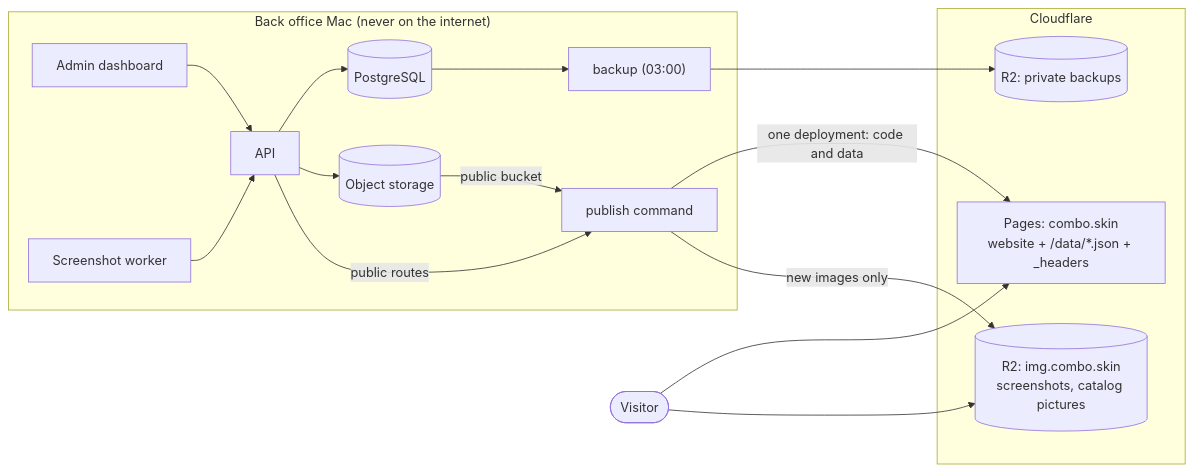
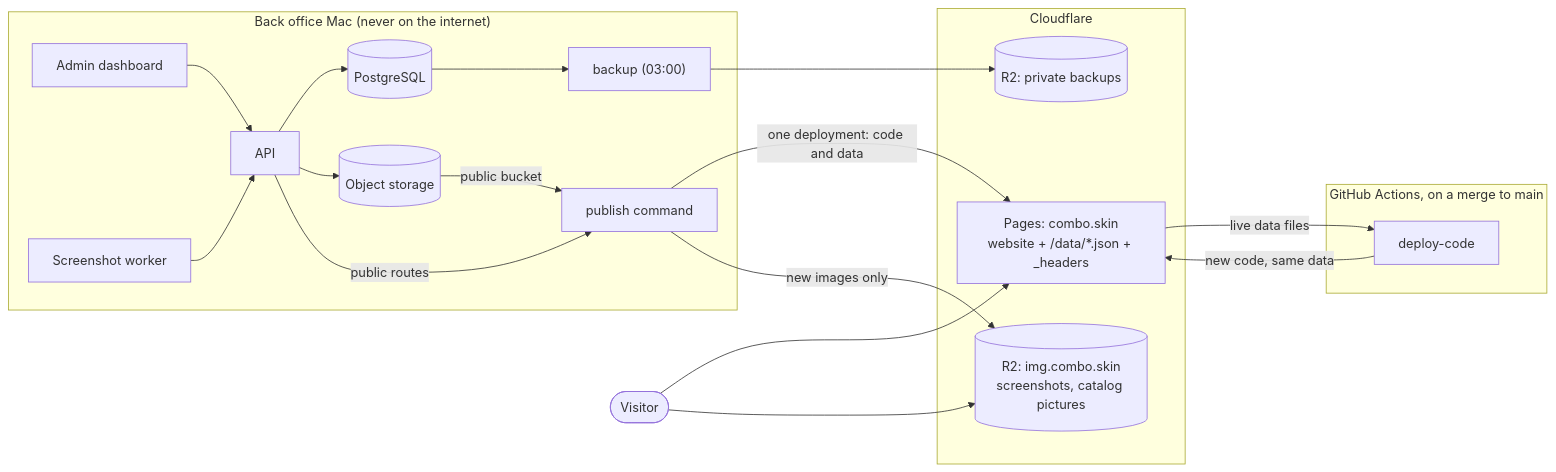
Before and after one commit to shb327/combo-skin: the diagram in docs/static-publishing.md, drawn with Mermaid. The commit also changed other lines of this file and 2 other files, not shown here.

Commit message:
Document merge deploys

````diff
--- a/docs/static-publishing.md
+++ b/docs/static-publishing.md
@@ -13,23 +13,28 @@
 ```mermaid
 flowchart LR
   subgraph Mac["Back office Mac (never on the internet)"]
     admin["Admin dashboard"] --> api["API"]
     api --> db[("PostgreSQL")]
     api --> storage[("Object storage")]
     worker["Screenshot worker"] --> api
     publish["publish command"]
     backup["backup (03:00)"]
   end
   subgraph Cloudflare
     pages["Pages: combo.skin\nwebsite + /data/*.json + _headers"]
     images[("R2: img.combo.skin\nscreenshots, catalog pictures")]
     backups[("R2: private backups")]
   end
+  subgraph GitHub["GitHub Actions, on a merge to main"]
+    merge["deploy-code"]
+  end
   api -- "public routes" --> publish
   storage -- "public bucket" --> publish
   publish -- "one deployment: code and data" --> pages
   publish -- "new images only" --> images
+  pages -- "live data files" --> merge
+  merge -- "new code, same data" --> pages
   db --> backup --> backups
   visitor(["Visitor"]) --> pages
   visitor --> images
 ```
````
